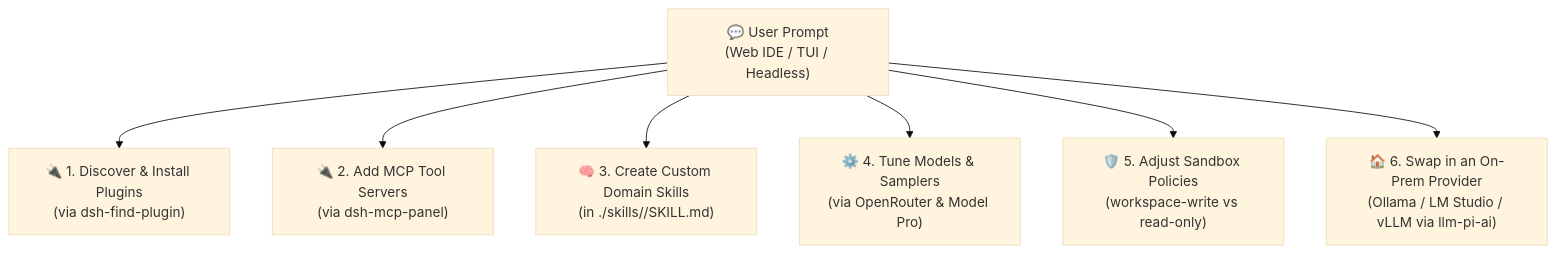
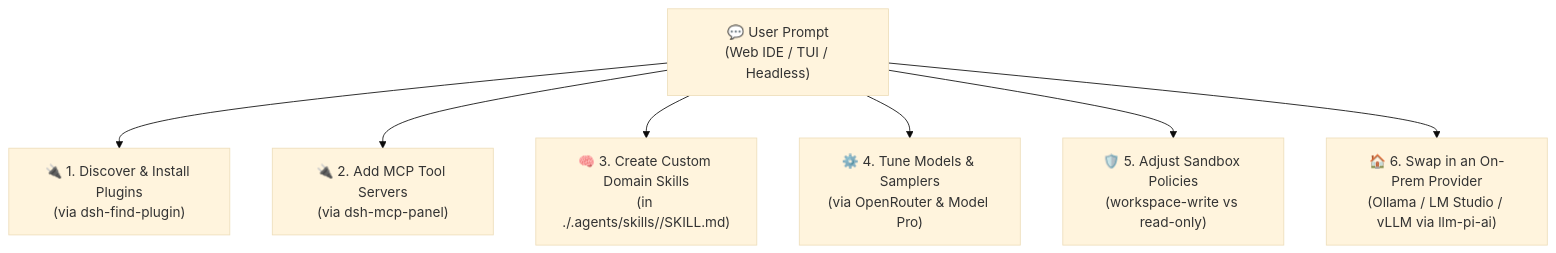
Before and after one commit to hdjebar/deepseek-harness-workspace: the diagram in docs/customization.md, drawn with Mermaid (base theme). The commit also changed other lines of this file and 3 other files, not shown here.

````diff
--- a/docs/customization.md
+++ b/docs/customization.md
@@ -9,9 +9,9 @@
 ```mermaid
 flowchart TD
     PROMPT["💬 User Prompt\n(Web IDE / TUI / Headless)"] --> ACTION1["🔌 1. Discover & Install Plugins\n(via dsh-find-plugin)"]
     PROMPT --> ACTION2["🔌 2. Add MCP Tool Servers\n(via dsh-mcp-panel)"]
-    PROMPT --> ACTION3["🧠 3. Create Custom Domain Skills\n(in ./skills/<name>/SKILL.md)"]
+    PROMPT --> ACTION3["🧠 3. Create Custom Domain Skills\n(in ./.agents/skills/<name>/SKILL.md)"]
     PROMPT --> ACTION4["⚙️ 4. Tune Models & Samplers\n(via OpenRouter & Model Pro)"]
     PROMPT --> ACTION5["🛡️ 5. Adjust Sandbox Policies\n(workspace-write vs read-only)"]
     PROMPT --> ACTION6["🏠 6. Swap in an On-Prem Provider\n(Ollama / LM Studio / vLLM via llm-pi-ai)"]
 ```
````
